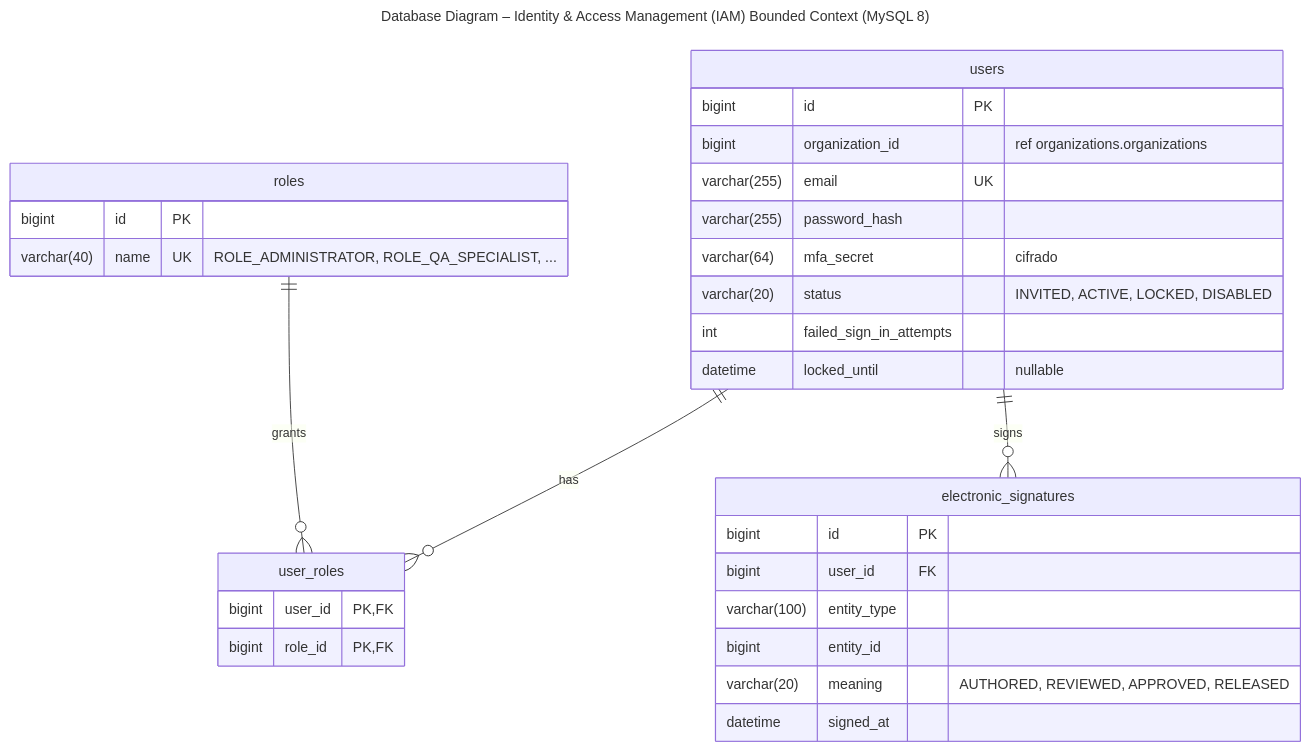
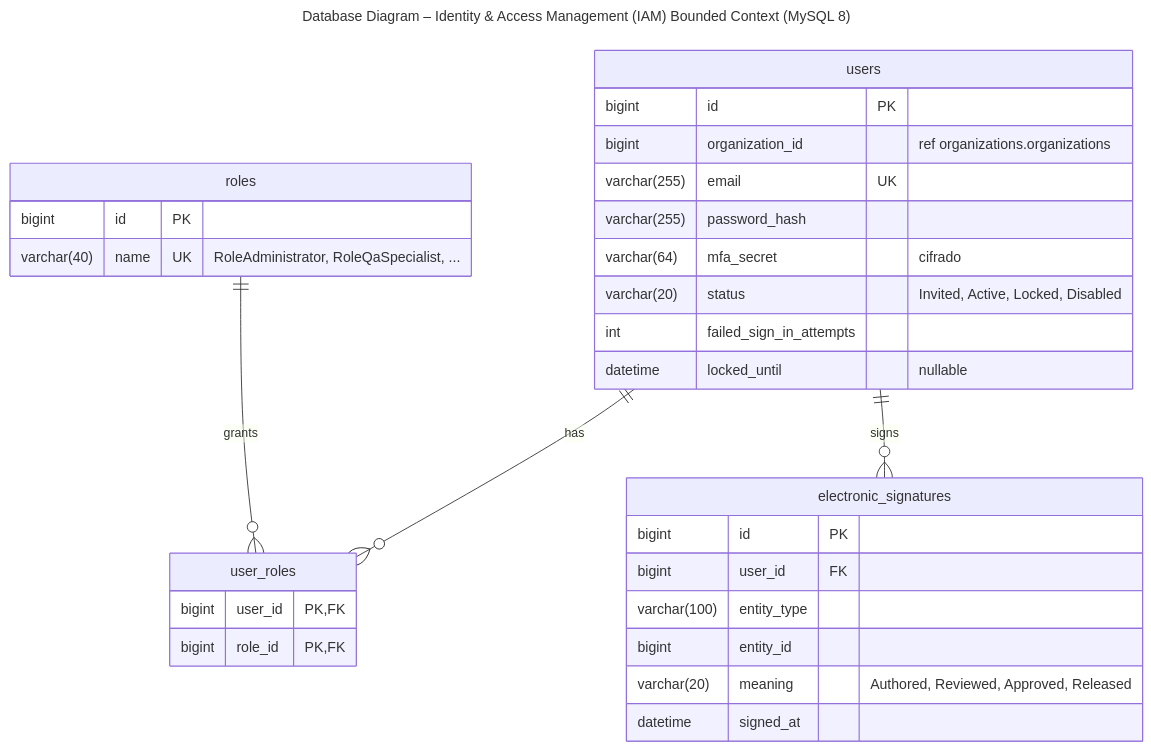
One commit to IngesCompanyCC/IngesCompanyCC-Project-Report changed the diagram in assets/diagrams/mermaid/db-01-iam.mmd. Above: the diagram before and after it, drawn with Mermaid. The commit also changed 7 other files, not shown here.

Commit message:
fix(diagrams): store enum values in pascal case and align class enums with the database

```diff
--- a/assets/diagrams/mermaid/db-01-iam.mmd
+++ b/assets/diagrams/mermaid/db-01-iam.mmd
@@ -1,33 +1,33 @@
 ---
 title: "Database Diagram – Identity & Access Management (IAM) Bounded Context (MySQL 8)"
 ---
 erDiagram
   users {
     bigint id PK
     bigint organization_id "ref organizations.organizations"
     varchar(255) email UK
     varchar(255) password_hash
     varchar(64) mfa_secret "cifrado"
-    varchar(20) status "INVITED, ACTIVE, LOCKED, DISABLED"
+    varchar(20) status "Invited, Active, Locked, Disabled"
     int failed_sign_in_attempts
     datetime locked_until "nullable"
   }
   roles {
     bigint id PK
-    varchar(40) name UK "ROLE_ADMINISTRATOR, ROLE_QA_SPECIALIST, ..."
+    varchar(40) name UK "RoleAdministrator, RoleQaSpecialist, ..."
   }
   user_roles {
     bigint user_id PK, FK
     bigint role_id PK, FK
   }
   electronic_signatures {
     bigint id PK
     bigint user_id FK
     varchar(100) entity_type
     bigint entity_id
-    varchar(20) meaning "AUTHORED, REVIEWED, APPROVED, RELEASED"
+    varchar(20) meaning "Authored, Reviewed, Approved, Released"
     datetime signed_at
   }
   users ||--o{ user_roles : "has"
   roles ||--o{ user_roles : "grants"
   users ||--o{ electronic_signatures : "signs"
```
